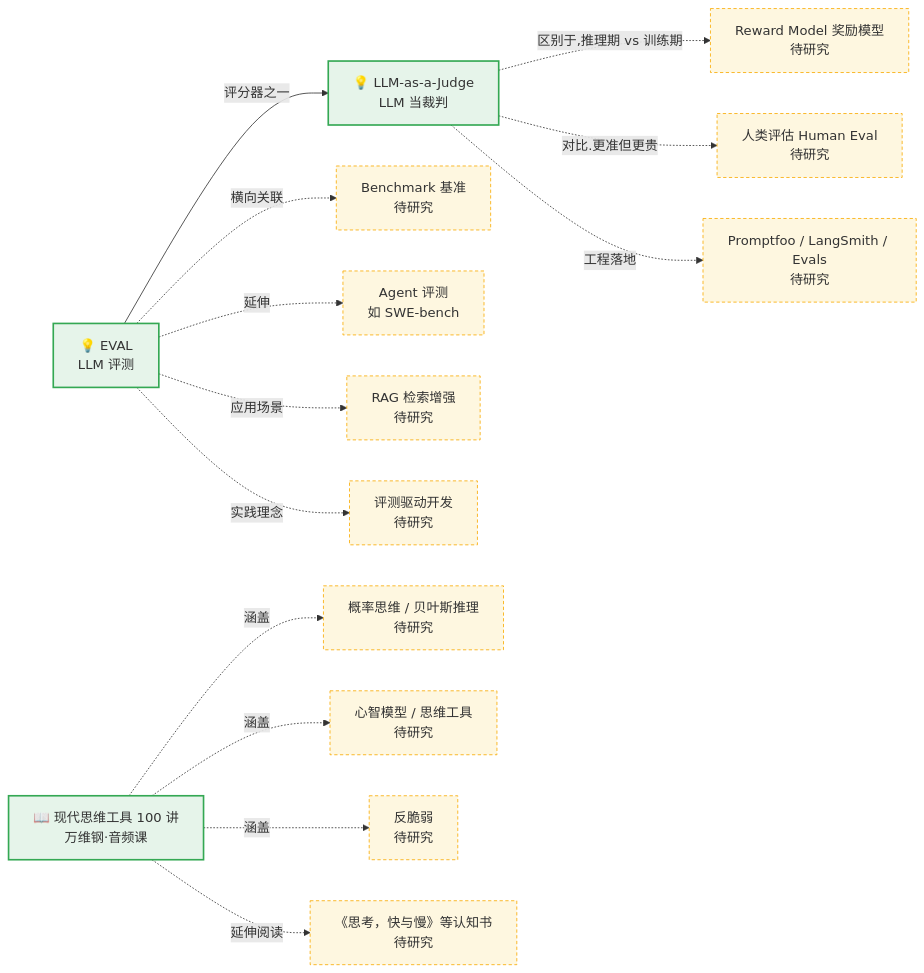
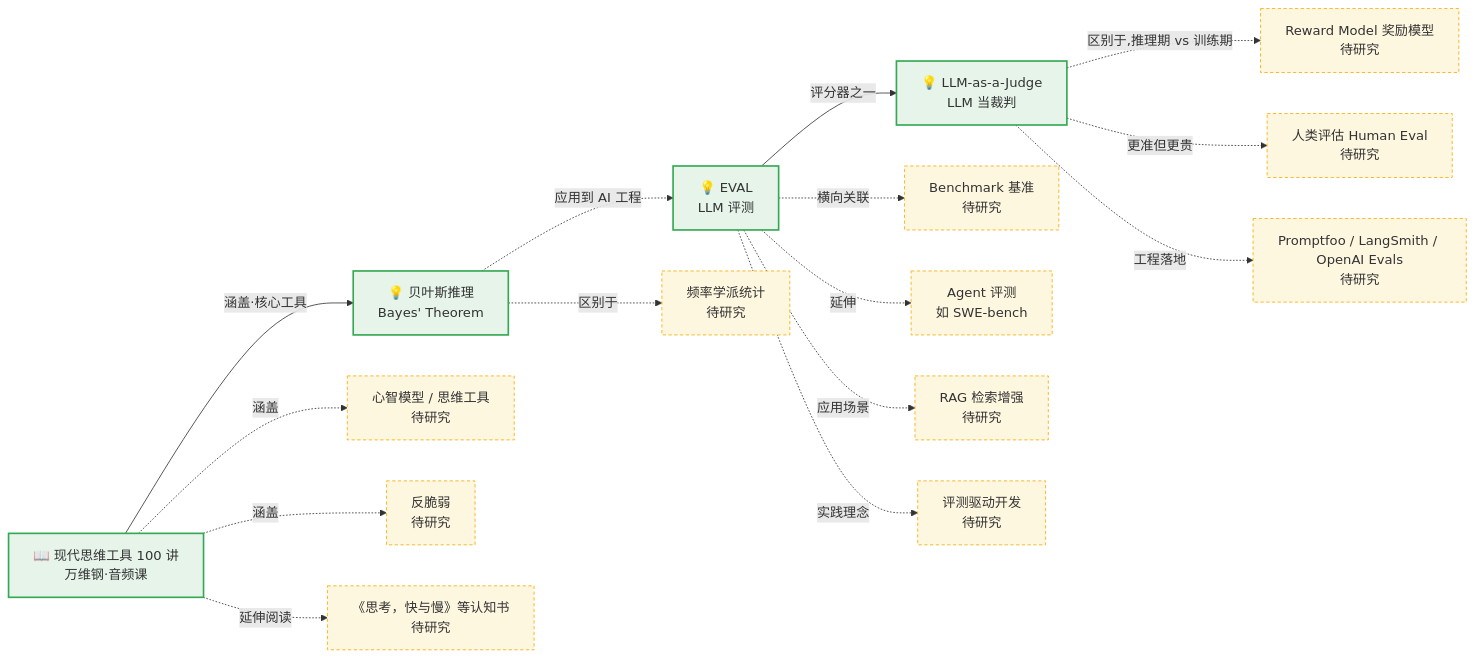
Before and after one commit to 1739467001-svg/info-search: the diagram in relations.md, drawn with Mermaid. The commit also changed other lines of this file and 2 other files, not shown here.

Commit message:
docs: 新增贝叶斯推理概念解读，思维课→贝叶斯实线入图

````diff
--- a/relations.md
+++ b/relations.md
@@ -7,26 +7,29 @@
 ```mermaid
 graph LR
     EVAL["💡 EVAL<br/>LLM 评测"]:::done
     J["💡 LLM-as-a-Judge<br/>LLM 当裁判"]:::done
     BOOK["📖 现代思维工具 100 讲<br/>万维钢·音频课"]:::done
+    BAY["💡 贝叶斯推理<br/>Bayes' Theorem"]:::done
 
     EVAL -->|评分器之一| J
+    BAY -.->|区别于| FREQ["频率学派统计<br/>待研究"]
     J -.->|区别于,推理期 vs 训练期| RM["Reward Model 奖励模型<br/>待研究"]
-    J -.->|对比.更准但更贵| HMAN["人类评估 Human Eval<br/>待研究"]
+    J -.->|更准但更贵| HMAN["人类评估 Human Eval<br/>待研究"]
     EVAL -.->|横向关联| BENCH["Benchmark 基准<br/>待研究"]
     EVAL -.->|延伸| AGENT["Agent 评测<br/>如 SWE-bench"]
     EVAL -.->|应用场景| RAG["RAG 检索增强<br/>待研究"]
     EVAL -.->|实践理念| EDD["评测驱动开发<br/>待研究"]
-    J -.->|工程落地| TOOL["Promptfoo / LangSmith / Evals<br/>待研究"]
+    J -.->|工程落地| TOOL["Promptfoo / LangSmith / OpenAI Evals<br/>待研究"]
 
-    BOOK -.->|涵盖| PROB["概率思维 / 贝叶斯推理<br/>待研究"]
+    BOOK -->|涵盖·核心工具| BAY
     BOOK -.->|涵盖| FWK["心智模型 / 思维工具<br/>待研究"]
     BOOK -.->|涵盖| ANTF["反脆弱<br/>待研究"]
     BOOK -.->|延伸阅读| TBOOK["《思考，快与慢》等认知书<br/>待研究"]
+    BAY -.->|应用到 AI 工程| EVAL
 
     classDef done fill:#e6f4ea,stroke:#34a853,stroke-width:2px;
     classDef td fill:#fef7e0,stroke:#f9ab00,stroke-width:1px,stroke-dasharray: 4 3;
-    class EVAL,J,BOOK done;
-    class RM,HMAN,BENCH,AGENT,RAG,EDD,TOOL td;
-    class PROB,FWK,ANTF,TBOOK td;
+    class EVAL,J,BOOK,BAY done;
+    class FREQ,RM,HMAN,BENCH,AGENT,RAG,EDD,TOOL td;
+    class FWK,ANTF,TBOOK td;
 ```
````
